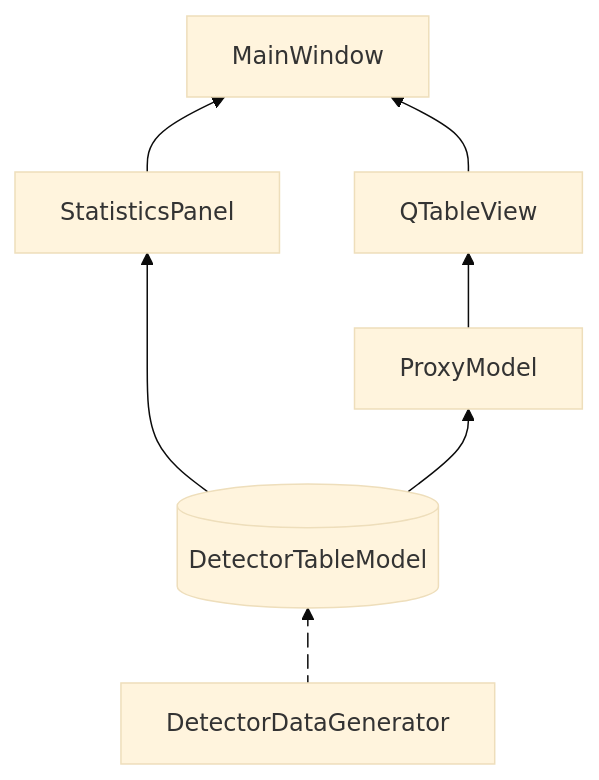
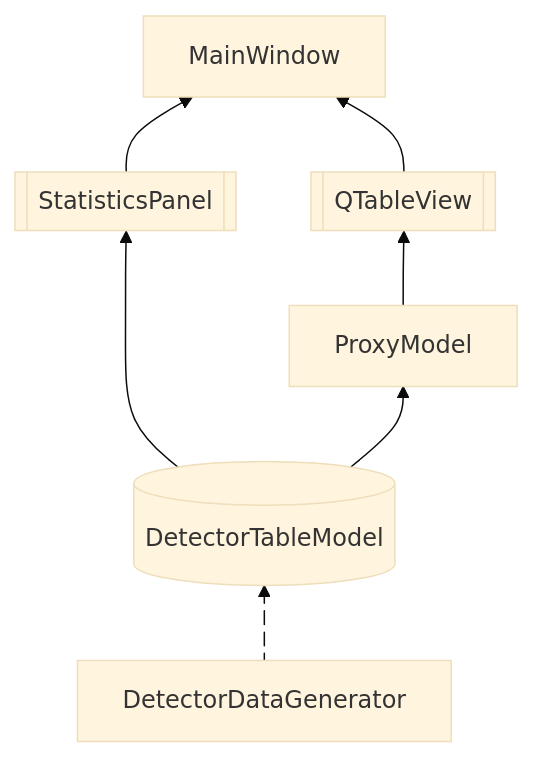
Before and after one commit to Mob1le/qt-monitoring-sensors-system: the second of 2 diagrams in README.md, drawn with Mermaid (base theme). The commit also changed other lines of this file, not shown here.

````diff
--- a/README.md
+++ b/README.md
@@ -24,19 +41,19 @@
 ```mermaid
 flowchart BT
     UI_MW[MainWindow]
-    UI_Stats[StatisticsPanel]
-    UI_Table[QTableView]
+    UI_Stats[[StatisticsPanel]]
+    UI_Table[[QTableView]]
     
     Core_Model[(DetectorTableModel)]
     Core_Generator[DetectorDataGenerator]
     Service_Proxy[ProxyModel]
 
     UI_Stats --> UI_MW
     Core_Model --> Service_Proxy
     Service_Proxy --> UI_Table
     UI_Table --> UI_MW
     Core_Generator e1@--> Core_Model
     Core_Model --> UI_Stats
     
     e1@{ animation: fast }
 ```
````
